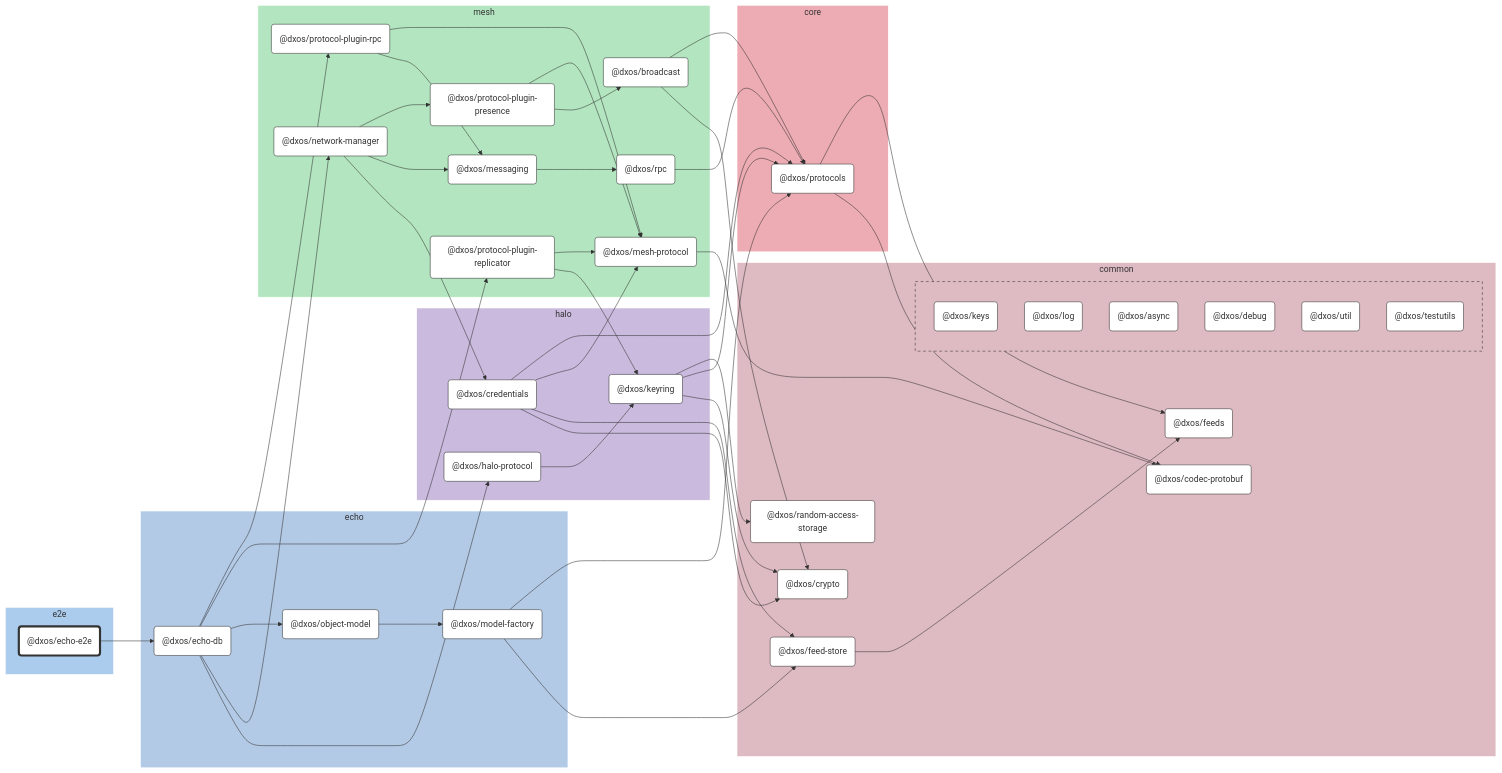
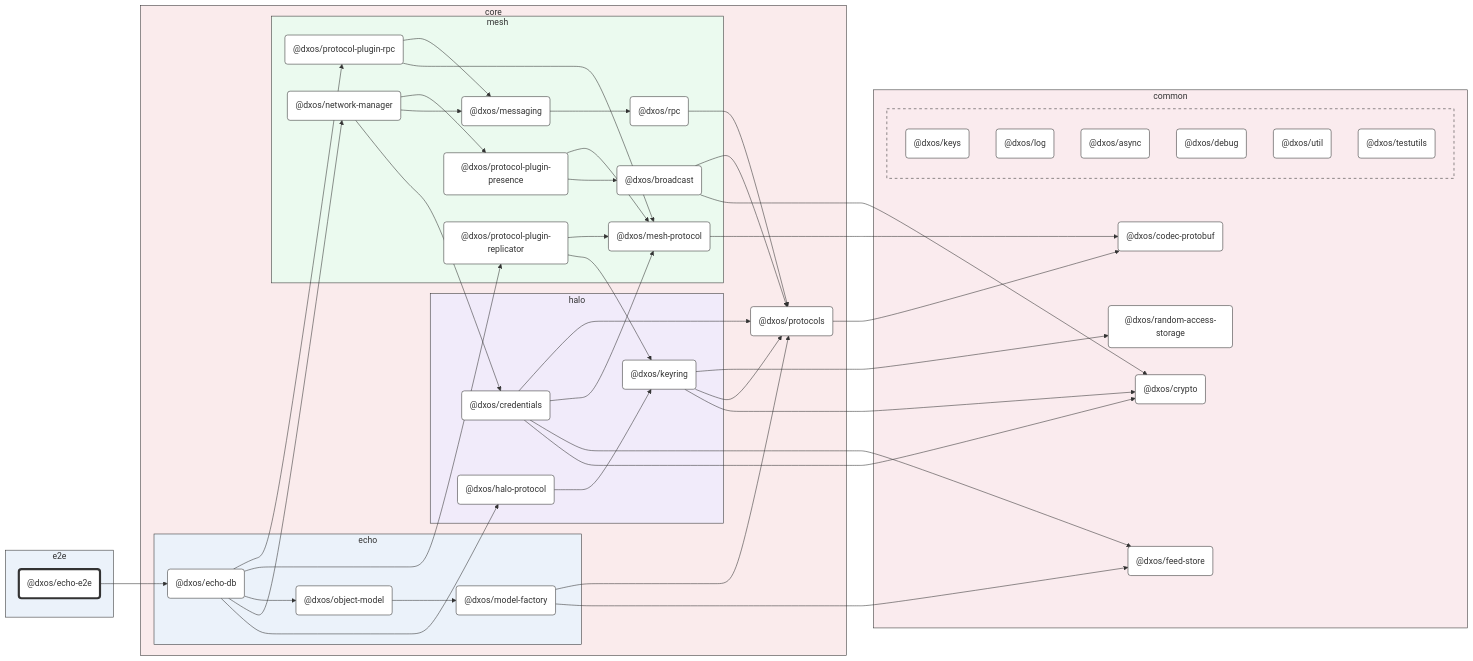
One commit to dxos/dxos changed the diagram in packages/e2e/echo/docs/README.md. Above: the diagram before and after it, drawn with Mermaid. The commit also changed other lines of this file and 93 other files, not shown here.

First line of the commit message:
chore: hierarchical graphs. (#1583)

````diff
--- a/packages/e2e/echo/docs/README.md
+++ b/packages/e2e/echo/docs/README.md
@@ -16,26 +16,24 @@
 %% Nodes
 
 subgraph e2e [e2e]
-  style e2e fill:#abcced,stroke:#fff
+  style e2e fill:#ebf2fa,stroke:#333
   dxos/echo-e2e("@dxos/echo-e2e"):::root
   click dxos/echo-e2e "dxos/dxos/tree/main/packages/e2e/echo/docs"
 end
 
 subgraph common [common]
-  style common fill:#debac2,stroke:#fff
+  style common fill:#faebee,stroke:#333
   dxos/crypto("@dxos/crypto"):::def
   click dxos/crypto "dxos/dxos/tree/main/packages/common/crypto/docs"
   dxos/codec-protobuf("@dxos/codec-protobuf"):::def
   click dxos/codec-protobuf "dxos/dxos/tree/main/packages/common/codec-protobuf/docs"
   dxos/feed-store("@dxos/feed-store"):::def
   click dxos/feed-store "dxos/dxos/tree/main/packages/common/feed-store/docs"
-  dxos/feeds("@dxos/feeds"):::def
-  click dxos/feeds "dxos/dxos/tree/main/packages/common/feeds/docs"
   dxos/random-access-storage("@dxos/random-access-storage"):::def
   click dxos/random-access-storage "dxos/dxos/tree/main/packages/common/random-access-storage/docs"
 
-  subgraph common-excluded [ ]
-    style common-excluded fill:#debac2,stroke:#333,stroke-dasharray:5 5
+  subgraph _ [ ]
+    style _ fill:#faebee,stroke:#333,stroke-dasharray:5 5
     dxos/keys("@dxos/keys"):::def
     click dxos/keys "dxos/dxos/tree/main/packages/common/keys/docs"
     dxos/log("@dxos/log"):::def
@@ -51,50 +49,50 @@
   end
 end
 
-subgraph echo [echo]
-  style echo fill:#b3cae6,stroke:#fff
-  dxos/echo-db("@dxos/echo-db"):::def
-  click dxos/echo-db "dxos/dxos/tree/main/packages/core/echo/echo-db/docs"
-  dxos/model-factory("@dxos/model-factory"):::def
-  click dxos/model-factory "dxos/dxos/tree/main/packages/core/echo/model-factory/docs"
-  dxos/object-model("@dxos/object-model"):::def
-  click dxos/object-model "dxos/dxos/tree/main/packages/core/echo/object-model/docs"
-end
-
-subgraph halo [halo]
-  style halo fill:#cabade,stroke:#fff
-  dxos/credentials("@dxos/credentials"):::def
-  click dxos/credentials "dxos/dxos/tree/main/packages/core/halo/credentials/docs"
-  dxos/halo-protocol("@dxos/halo-protocol"):::def
-  click dxos/halo-protocol "dxos/dxos/tree/main/packages/core/halo/halo-protocol/docs"
-  dxos/keyring("@dxos/keyring"):::def
-  click dxos/keyring "dxos/dxos/tree/main/packages/core/halo/keyring/docs"
-end
-
-subgraph mesh [mesh]
-  style mesh fill:#b3e6c0,stroke:#fff
-  dxos/mesh-protocol("@dxos/mesh-protocol"):::def
-  click dxos/mesh-protocol "dxos/dxos/tree/main/packages/core/mesh/mesh-protocol/docs"
-  dxos/messaging("@dxos/messaging"):::def
-  click dxos/messaging "dxos/dxos/tree/main/packages/core/mesh/messaging/docs"
-  dxos/rpc("@dxos/rpc"):::def
-  click dxos/rpc "dxos/dxos/tree/main/packages/core/mesh/rpc/docs"
-  dxos/network-manager("@dxos/network-manager"):::def
-  click dxos/network-manager "dxos/dxos/tree/main/packages/core/mesh/network-manager/docs"
-  dxos/protocol-plugin-presence("@dxos/protocol-plugin-presence"):::def
-  click dxos/protocol-plugin-presence "dxos/dxos/tree/main/packages/core/mesh/protocol-plugin-presence/docs"
-  dxos/broadcast("@dxos/broadcast"):::def
-  click dxos/broadcast "dxos/dxos/tree/main/packages/core/mesh/broadcast/docs"
-  dxos/protocol-plugin-replicator("@dxos/protocol-plugin-replicator"):::def
-  click dxos/protocol-plugin-replicator "dxos/dxos/tree/main/packages/core/mesh/protocol-plugin-replicator/docs"
-  dxos/protocol-plugin-rpc("@dxos/protocol-plugin-rpc"):::def
-  click dxos/protocol-plugin-rpc "dxos/dxos/tree/main/packages/core/mesh/protocol-plugin-rpc/docs"
-end
-
 subgraph core [core]
-  style core fill:#edabb3,stroke:#fff
+  style core fill:#faebec,stroke:#333
   dxos/protocols("@dxos/protocols"):::def
   click dxos/protocols "dxos/dxos/tree/main/packages/core/protocols/docs"
+
+  subgraph echo [echo]
+    style echo fill:#ebf2fa,stroke:#333
+    dxos/echo-db("@dxos/echo-db"):::def
+    click dxos/echo-db "dxos/dxos/tree/main/packages/core/echo/echo-db/docs"
+    dxos/model-factory("@dxos/model-factory"):::def
+    click dxos/model-factory "dxos/dxos/tree/main/packages/core/echo/model-factory/docs"
+    dxos/object-model("@dxos/object-model"):::def
+    click dxos/object-model "dxos/dxos/tree/main/packages/core/echo/object-model/docs"
+  end
+
+  subgraph halo [halo]
+    style halo fill:#f1ebfa,stroke:#333
+    dxos/credentials("@dxos/credentials"):::def
+    click dxos/credentials "dxos/dxos/tree/main/packages/core/halo/credentials/docs"
+    dxos/halo-protocol("@dxos/halo-protocol"):::def
+    click dxos/halo-protocol "dxos/dxos/tree/main/packages/core/halo/halo-protocol/docs"
+    dxos/keyring("@dxos/keyring"):::def
+    click dxos/keyring "dxos/dxos/tree/main/packages/core/halo/keyring/docs"
+  end
+
+  subgraph mesh [mesh]
+    style mesh fill:#ebfaef,stroke:#333
+    dxos/mesh-protocol("@dxos/mesh-protocol"):::def
+    click dxos/mesh-protocol "dxos/dxos/tree/main/packages/core/mesh/mesh-protocol/docs"
+    dxos/messaging("@dxos/messaging"):::def
+    click dxos/messaging "dxos/dxos/tree/main/packages/core/mesh/messaging/docs"
+    dxos/rpc("@dxos/rpc"):::def
+    click dxos/rpc "dxos/dxos/tree/main/packages/core/mesh/rpc/docs"
+    dxos/network-manager("@dxos/network-manager"):::def
+    click dxos/network-manager "dxos/dxos/tree/main/packages/core/mesh/network-manager/docs"
+    dxos/protocol-plugin-presence("@dxos/protocol-plugin-presence"):::def
+    click dxos/protocol-plugin-presence "dxos/dxos/tree/main/packages/core/mesh/protocol-plugin-presence/docs"
+    dxos/broadcast("@dxos/broadcast"):::def
+    click dxos/broadcast "dxos/dxos/tree/main/packages/core/mesh/broadcast/docs"
+    dxos/protocol-plugin-replicator("@dxos/protocol-plugin-replicator"):::def
+    click dxos/protocol-plugin-replicator "dxos/dxos/tree/main/packages/core/mesh/protocol-plugin-replicator/docs"
+    dxos/protocol-plugin-rpc("@dxos/protocol-plugin-rpc"):::def
+    click dxos/protocol-plugin-rpc "dxos/dxos/tree/main/packages/core/mesh/protocol-plugin-rpc/docs"
+  end
 end
 
 %% Links
@@ -102,12 +100,10 @@
 dxos/echo-e2e --> dxos/echo-db
 dxos/credentials --> dxos/crypto
 dxos/credentials --> dxos/feed-store
-dxos/feed-store --> dxos/feeds
 dxos/credentials --> dxos/mesh-protocol
 dxos/mesh-protocol --> dxos/codec-protobuf
 dxos/credentials --> dxos/protocols
 dxos/protocols --> dxos/codec-protobuf
-dxos/protocols --> dxos/feeds
 dxos/echo-db --> dxos/halo-protocol
 dxos/halo-protocol --> dxos/keyring
 dxos/keyring --> dxos/crypto
@@ -131,6 +127,6 @@
 dxos/protocol-plugin-replicator --> dxos/keyring
 dxos/protocol-plugin-replicator --> dxos/mesh-protocol
 dxos/echo-db --> dxos/protocol-plugin-rpc
+dxos/protocol-plugin-rpc --> dxos/mesh-protocol
 dxos/protocol-plugin-rpc --> dxos/messaging
-dxos/protocol-plugin-rpc --> dxos/mesh-protocol
 ```
````
